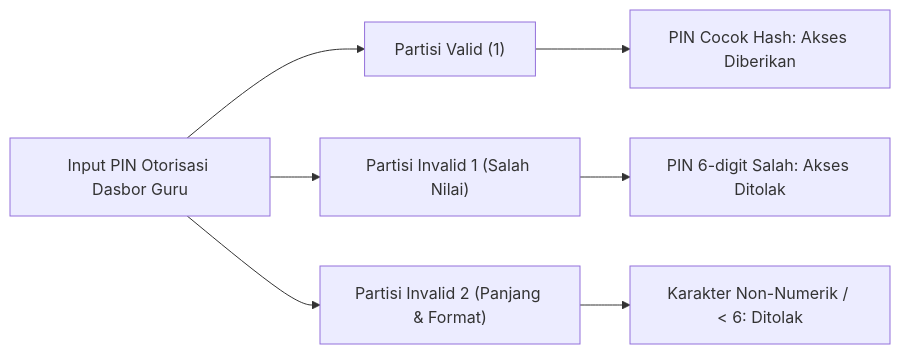
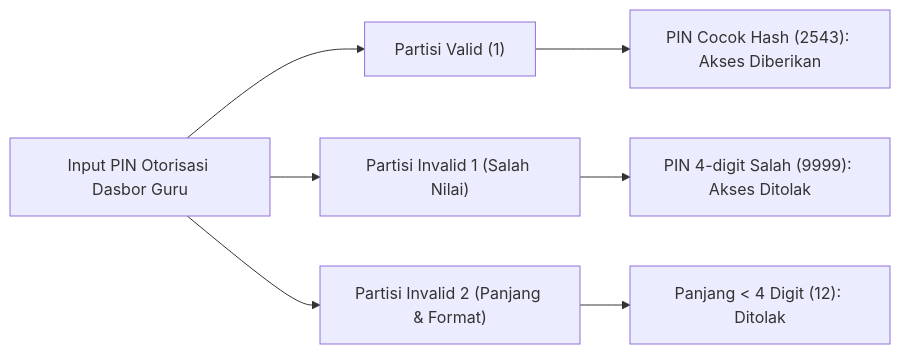
The first of 3 diagrams in docs/06_Black_Box_Design.md (waphafid-code/kuis-detektif-fakta), drawn with Mermaid before and after one commit. The commit also changed other lines of this file and 106 other files, not shown here.

````diff
--- a/docs/06_Black_Box_Design.md
+++ b/docs/06_Black_Box_Design.md
@@ -23,10 +23,10 @@
 ```mermaid
 flowchart LR
     Input["Input PIN Otorisasi Dasbor Guru"] --> V["Partisi Valid (1)"]
     Input --> IV1["Partisi Invalid 1 (Salah Nilai)"]
     Input --> IV2["Partisi Invalid 2 (Panjang & Format)"]
     
-    V --> V_Out["PIN Cocok Hash: Akses Diberikan"]
-    IV1 --> IV1_Out["PIN 6-digit Salah: Akses Ditolak"]
-    IV2 --> IV2_Out["Karakter Non-Numerik / < 6: Ditolak"]
+    V --> V_Out["PIN Cocok Hash (2543): Akses Diberikan"]
+    IV1 --> IV1_Out["PIN 4-digit Salah (9999): Akses Ditolak"]
+    IV2 --> IV2_Out["Panjang < 4 Digit (12): Ditolak"]
 ```
````
